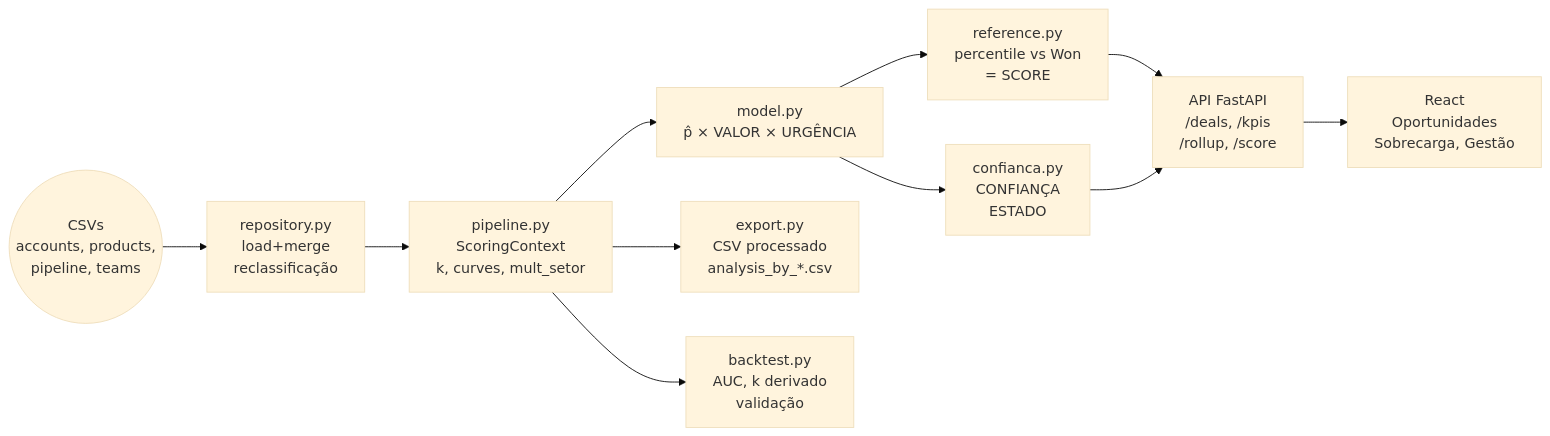
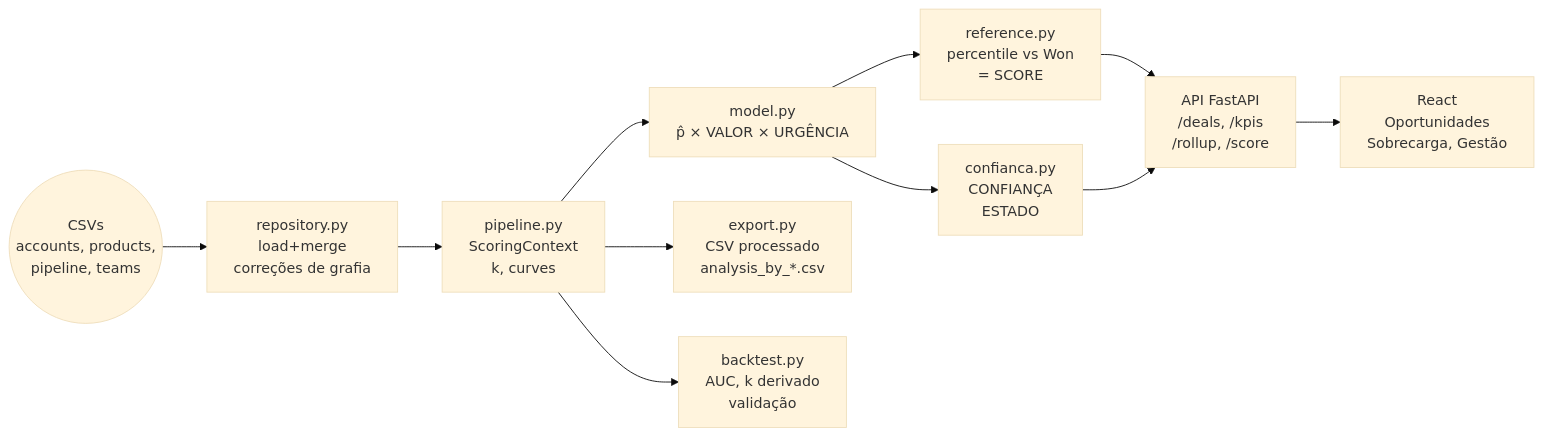
The second of 2 diagrams in submissions/gabriel-moreira/docs/architecture.md (Gestao-Quatro-Ponto-Zero/ai-master-challenge), drawn with Mermaid (base theme) before and after one commit. The commit also changed other lines of this file and 71 other files, not shown here.

````diff
--- a/submissions/gabriel-moreira/docs/architecture.md
+++ b/submissions/gabriel-moreira/docs/architecture.md
@@ -410,13 +414,13 @@
 ```mermaid
 flowchart LR
-    CSV(("CSVs<br/>accounts, products,<br/>pipeline, teams")) --> REPO["repository.py<br/>load+merge<br/>reclassificação"]
-    REPO --> CTX["pipeline.py<br/>ScoringContext<br/>k, curves, mult_setor"]
+    CSV(("CSVs<br/>accounts, products,<br/>pipeline, teams")) --> REPO["repository.py<br/>load+merge<br/>correções de grafia"]
+    REPO --> CTX["pipeline.py<br/>ScoringContext<br/>k, curves"]
     CTX --> MODEL["model.py<br/>p̂ × VALOR × URGÊNCIA"]
     CTX --> EXPORT["export.py<br/>CSV processado<br/>analysis_by_*.csv"]
     CTX --> BACKTEST["backtest.py<br/>AUC, k derivado<br/>validação"]
     MODEL --> REF["reference.py<br/>percentile vs Won<br/>= SCORE"]
     MODEL --> CONF["confianca.py<br/>CONFIANÇA<br/>ESTADO"]
     REF --> API["API FastAPI<br/>/deals, /kpis<br/>/rollup, /score"]
     CONF --> API
     API --> WEB["React<br/>Oportunidades<br/>Sobrecarga, Gestão"]
 ```
````
